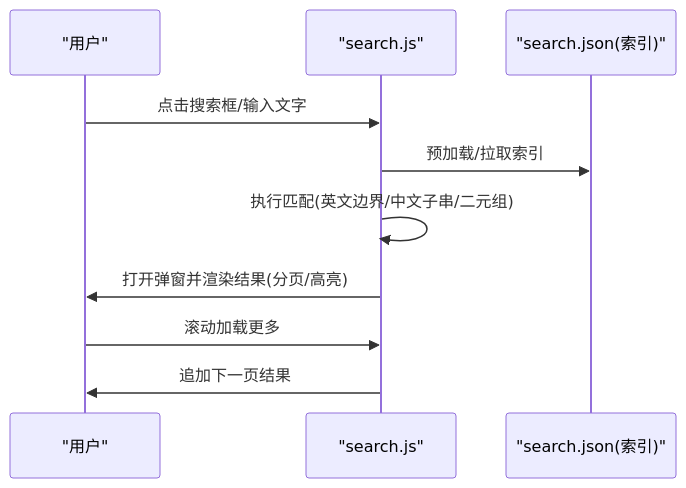
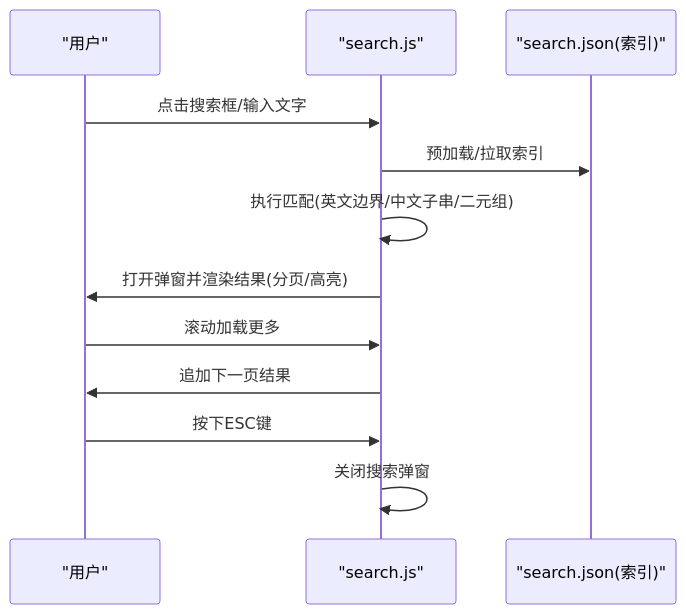
One commit to LZC6244/lzc6244.github.io changed the sixth of 7 diagrams in .qoder/repowiki/zh/content/主题定制/布局定制/文章页布局定制.md. Above: the diagram before and after it, drawn with Mermaid. The commit also changed other lines of this file and 36 other files, not shown here.

````diff
--- a/.qoder/repowiki/zh/content/主题定制/布局定制/文章页布局定制.md
+++ b/.qoder/repowiki/zh/content/主题定制/布局定制/文章页布局定制.md
@@ -273,12 +316,14 @@
 ```mermaid
 sequenceDiagram
 participant U as "用户"
 participant S as "search.js"
 participant IDX as "search.json(索引)"
 U->>S : 点击搜索框/输入文字
 S->>IDX : 预加载/拉取索引
 S->>S : 执行匹配(英文边界/中文子串/二元组)
 S->>U : 打开弹窗并渲染结果(分页/高亮)
 U->>S : 滚动加载更多
 S->>U : 追加下一页结果
+U->>S : 按下ESC键
+S->>S : 关闭搜索弹窗
 ```
````
